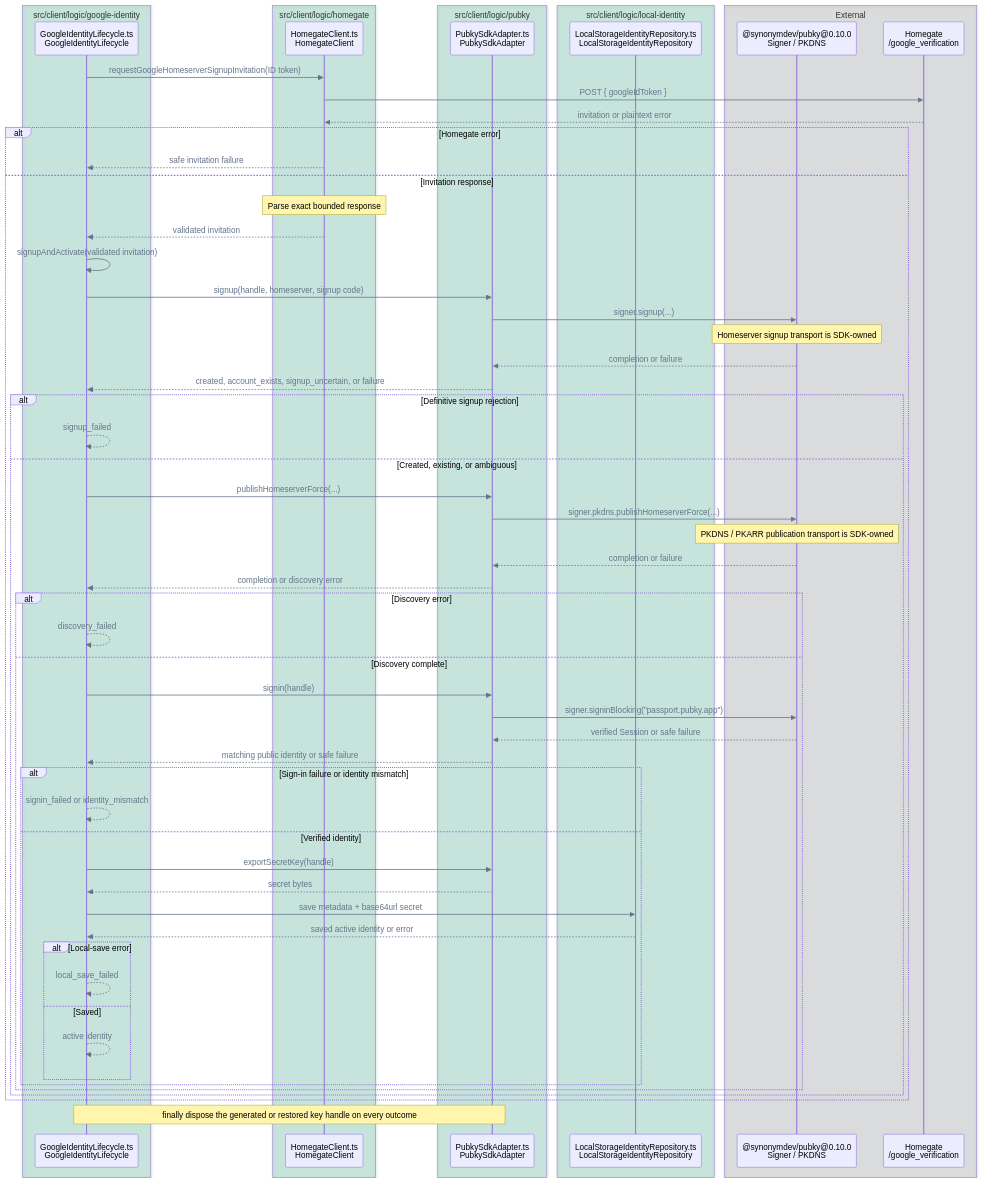
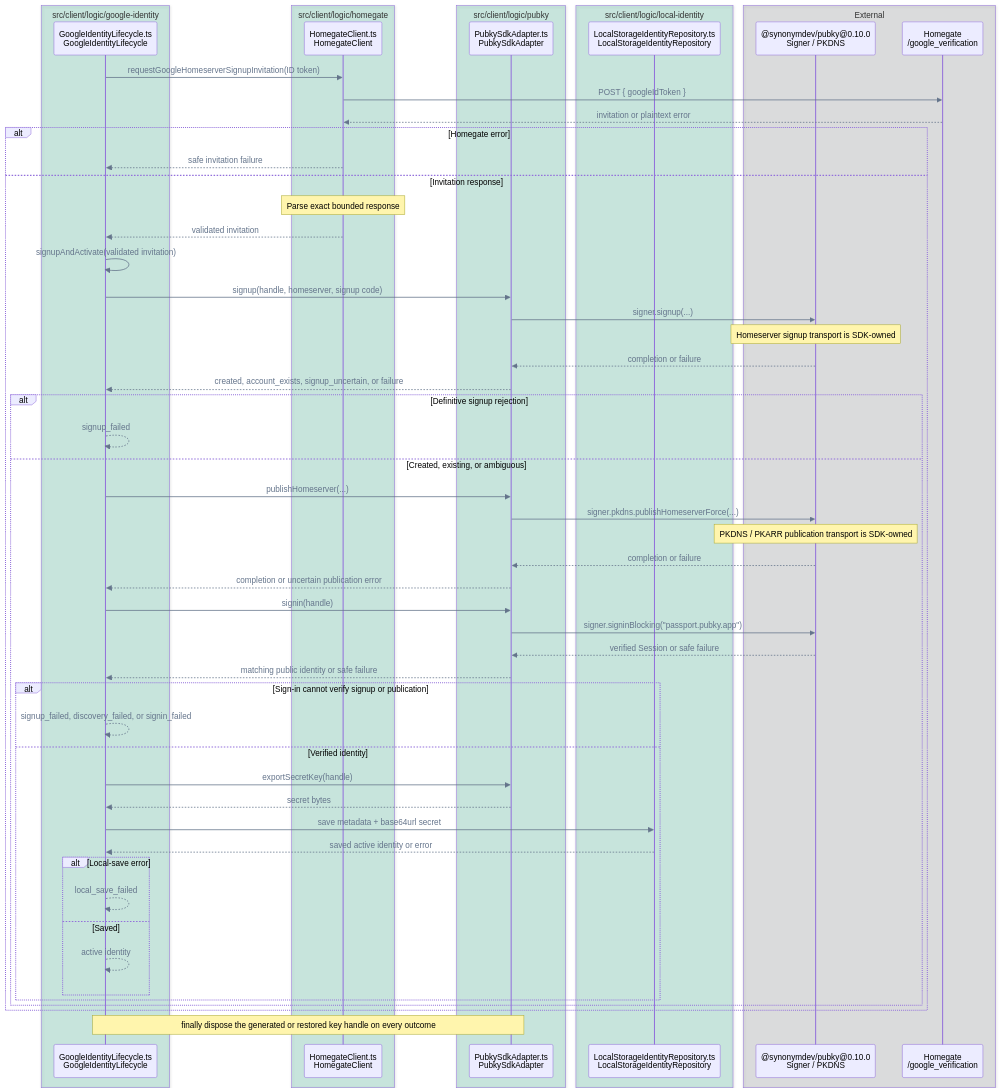
One commit to pubky/pubky-passport changed diagram 11 of 14 in FLOWS.md. Above: the diagram before and after it, drawn with Mermaid. The commit also changed other lines of this file and 15 other files, not shown here.

````diff
--- a/FLOWS.md
+++ b/FLOWS.md
@@ -524,69 +526,65 @@
 ```mermaid
 %%{init: {"themeVariables": {"signalColor": "#64748B", "signalTextColor": "#64748B"}}}%%
 sequenceDiagram
     accTitle: Missing identity activation and local save call flow
     accDescr: GoogleIdentityLifecycle requests a homeserver signup invitation, then uses its shared signup-and-activation method for both fresh creation and interrupted setup recovery.
     box rgba(0, 158, 115, 0.18) src/client/logic/google-identity
         participant Operations as GoogleIdentityLifecycle.ts<br/>GoogleIdentityLifecycle
     end
     box rgba(0, 158, 115, 0.18) src/client/logic/homegate
         participant Invite as HomegateClient.ts<br/>HomegateClient
     end
     box rgba(0, 158, 115, 0.18) src/client/logic/pubky
         participant Pubky as PubkySdkAdapter.ts<br/>PubkySdkAdapter
     end
     box rgba(0, 158, 115, 0.18) src/client/logic/local-identity
         participant Repo as LocalStorageIdentityRepository.ts<br/>LocalStorageIdentityRepository
     end
     box rgba(17, 24, 39, 0.12) External
         participant SDK as @synonymdev/pubky@0.10.0<br/>Signer / PKDNS
         participant Homegate as Homegate<br/>/google_verification
     end
 
     Operations->>Invite: requestGoogleHomeserverSignupInvitation(ID token)
     Invite->>Homegate: POST { googleIdToken }
     Homegate-->>Invite: invitation or plaintext error
     alt Homegate error
         Invite-->>Operations: safe invitation failure
     else Invitation response
         Note over Invite: Parse exact bounded response
         Invite-->>Operations: validated invitation
         Operations->>Operations: signupAndActivate(validated invitation)
         Operations->>Pubky: signup(handle, homeserver, signup code)
         Pubky->>SDK: signer.signup(...)
         Note over SDK: Homeserver signup transport is SDK-owned
         SDK-->>Pubky: completion or failure
         Pubky-->>Operations: created, account_exists, signup_uncertain, or failure
         alt Definitive signup rejection
             Operations-->>Operations: signup_failed
         else Created, existing, or ambiguous
-            Operations->>Pubky: publishHomeserverForce(...)
+            Operations->>Pubky: publishHomeserver(...)
             Pubky->>SDK: signer.pkdns.publishHomeserverForce(...)
             Note over SDK: PKDNS / PKARR publication transport is SDK-owned
             SDK-->>Pubky: completion or failure
-            Pubky-->>Operations: completion or discovery error
-            alt Discovery error
-                Operations-->>Operations: discovery_failed
-            else Discovery complete
-                Operations->>Pubky: signin(handle)
-                Pubky->>SDK: signer.signinBlocking("passport.pubky.app")
-                SDK-->>Pubky: verified Session or safe failure
-                Pubky-->>Operations: matching public identity or safe failure
-                alt Sign-in failure or identity mismatch
-                    Operations-->>Operations: signin_failed or identity_mismatch
-                else Verified identity
-                    Operations->>Pubky: exportSecretKey(handle)
-                    Pubky-->>Operations: secret bytes
-                    Operations->>Repo: save metadata + base64url secret
-                    Repo-->>Operations: saved active identity or error
-                    alt Local-save error
-                        Operations-->>Operations: local_save_failed
-                    else Saved
-                        Operations-->>Operations: active identity
-                    end
+            Pubky-->>Operations: completion or uncertain publication error
+            Operations->>Pubky: signin(handle)
+            Pubky->>SDK: signer.signinBlocking("passport.pubky.app")
+            SDK-->>Pubky: verified Session or safe failure
+            Pubky-->>Operations: matching public identity or safe failure
+            alt Sign-in cannot verify signup or publication
+                Operations-->>Operations: signup_failed, discovery_failed, or signin_failed
+            else Verified identity
+                Operations->>Pubky: exportSecretKey(handle)
+                Pubky-->>Operations: secret bytes
+                Operations->>Repo: save metadata + base64url secret
+                Repo-->>Operations: saved active identity or error
+                alt Local-save error
+                    Operations-->>Operations: local_save_failed
+                else Saved
+                    Operations-->>Operations: active identity
                 end
             end
         end
     end
     Note over Operations,Pubky: finally dispose the generated or restored key handle on every outcome
 ```
````
